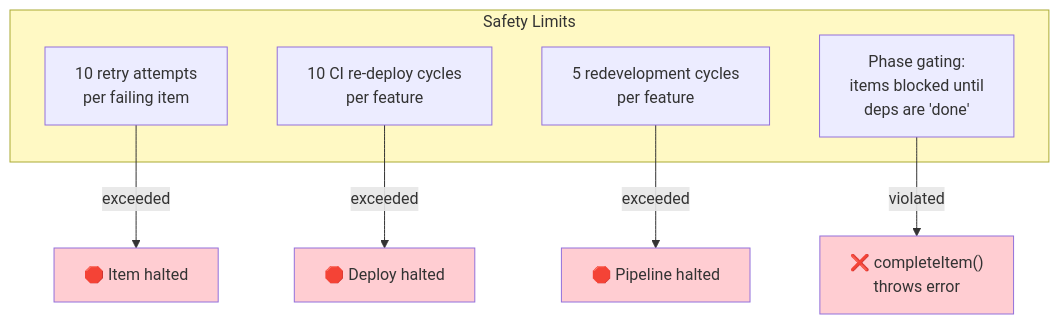
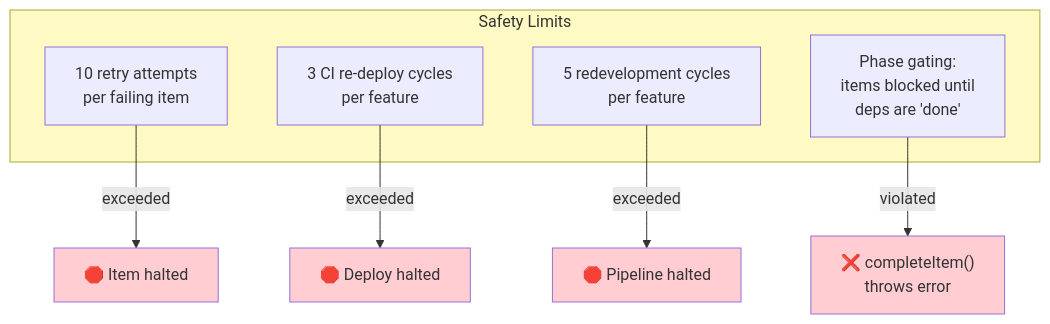
Before and after one commit to RomanKaliupinMelonusa/DAGent-t: the sixth of 7 diagrams in tools/autonomous-factory/docs/04-state-machine.md, drawn with Mermaid. The commit also changed other lines of this file and 8 other files, not shown here.

````diff
--- a/tools/autonomous-factory/docs/04-state-machine.md
+++ b/tools/autonomous-factory/docs/04-state-machine.md
@@ -381,20 +381,20 @@
 ```mermaid
 flowchart TD
     subgraph LIMITS["Safety Limits"]
         L1["10 retry attempts\nper failing item"]
-        L2["10 CI re-deploy cycles\nper feature"]
+        L2["3 CI re-deploy cycles\nper feature"]
         L3["5 redevelopment cycles\nper feature"]
         L4["Phase gating:\nitems blocked until\ndeps are 'done'"]
     end
 
     L1 -->|"exceeded"| H1["🛑 Item halted"]
     L2 -->|"exceeded"| H2["🛑 Deploy halted"]
     L3 -->|"exceeded"| H3["🛑 Pipeline halted"]
     L4 -->|"violated"| H4["❌ completeItem()\nthrows error"]
 
     style LIMITS fill:#fff9c4
     style H1 fill:#ffcdd2
     style H2 fill:#ffcdd2
     style H3 fill:#ffcdd2
     style H4 fill:#ffcdd2
 ```
````
